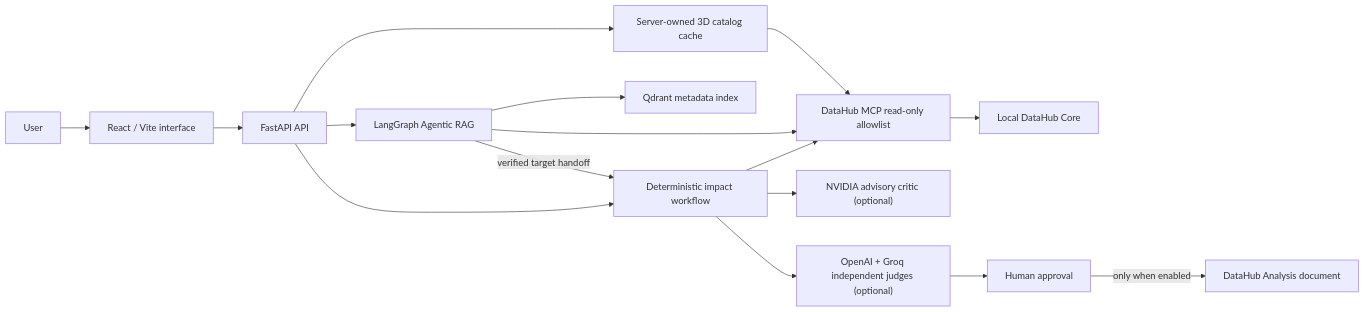
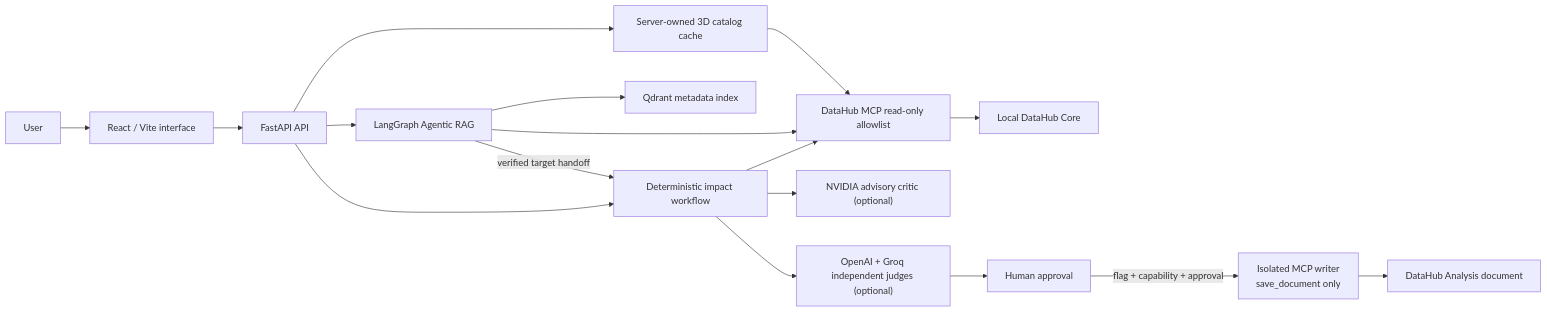
The first of 3 diagrams in README.md (omarfh111/LineageGuard-AI), drawn with Mermaid before and after one commit. The commit also changed other lines of this file and 20 other files, not shown here.

````diff
--- a/README.md
+++ b/README.md
@@ -38,21 +109,22 @@
 ```mermaid
 flowchart LR
     User["User"] --> UI["React / Vite interface"]
     UI --> API["FastAPI API"]
 
     API --> Cache["Server-owned 3D catalog cache"]
     Cache --> MCP["DataHub MCP read-only allowlist"]
     MCP --> DH["Local DataHub Core"]
 
     API --> RAG["LangGraph Agentic RAG"]
     RAG --> QD["Qdrant metadata index"]
     RAG --> MCP
     RAG -->|"verified target handoff"| Impact
 
     API --> Impact["Deterministic impact workflow"]
     Impact --> MCP
     Impact --> Nvidia["NVIDIA advisory critic (optional)"]
     Impact --> Judges["OpenAI + Groq independent judges (optional)"]
     Judges --> HITL["Human approval"]
-    HITL -->|"only when enabled"| Document["DataHub Analysis document"]
+    HITL -->|"flag + capability + approval"| Writer["Isolated MCP writer<br/>save_document only"]
+    Writer --> Document["DataHub Analysis document"]
 ```
````
